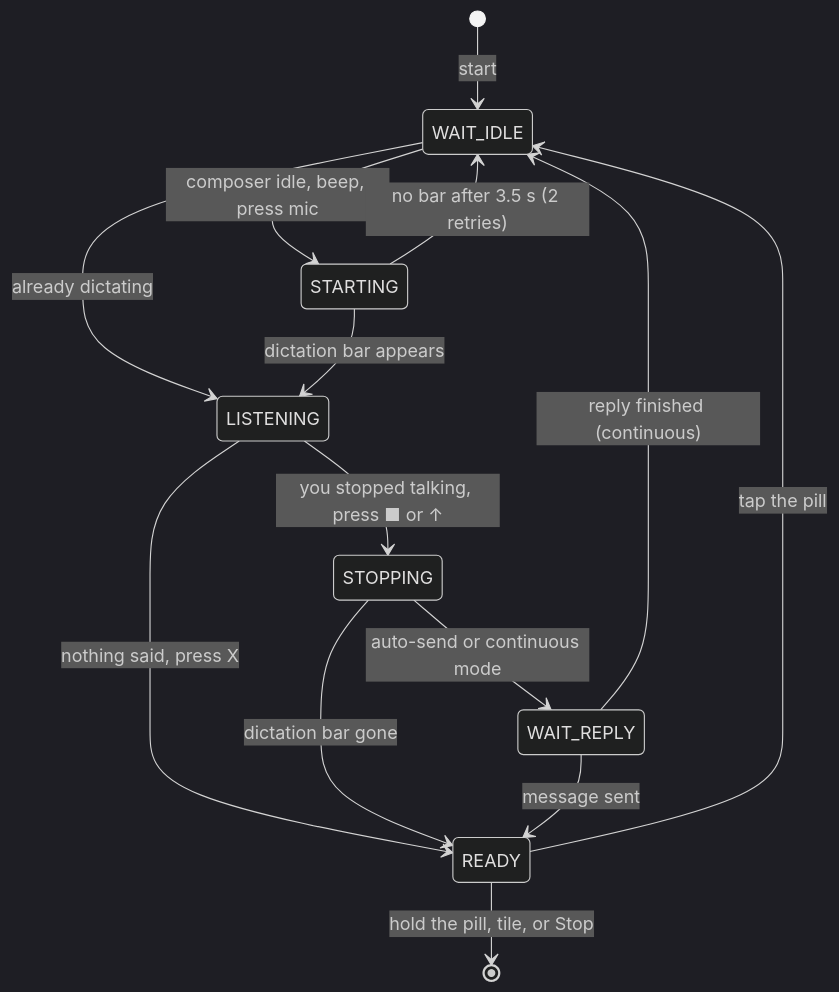
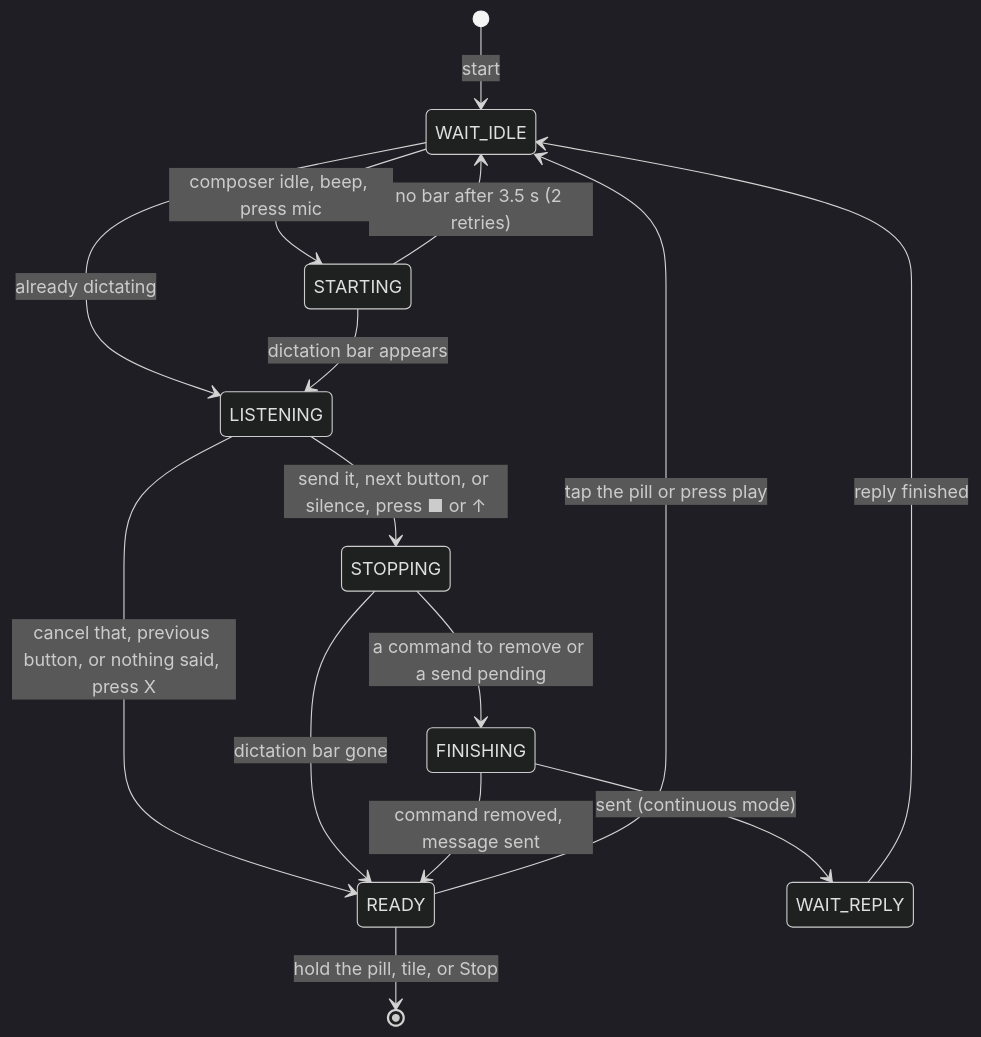
The second of 2 diagrams in docs/architecture.md (WillPastor/handsfree-gpt), drawn with Mermaid (dark theme) before and after one commit. The commit also changed other lines of this file and 6 other files, not shown here.

````diff
--- a/docs/architecture.md
+++ b/docs/architecture.md
@@ -37,16 +47,17 @@
 ```mermaid
 stateDiagram-v2
     [*] --> WAIT_IDLE: start
     WAIT_IDLE --> STARTING: composer idle, beep, press mic
     WAIT_IDLE --> LISTENING: already dictating
     STARTING --> LISTENING: dictation bar appears
     STARTING --> WAIT_IDLE: no bar after 3.5 s (2 retries)
-    LISTENING --> STOPPING: you stopped talking, press ■ or ↑
-    LISTENING --> READY: nothing said, press X
+    LISTENING --> STOPPING: send it, next button, or silence, press ■ or ↑
+    LISTENING --> READY: cancel that, previous button, or nothing said, press X
+    STOPPING --> FINISHING: a command to remove or a send pending
     STOPPING --> READY: dictation bar gone
-    STOPPING --> WAIT_REPLY: auto-send or continuous mode
-    WAIT_REPLY --> WAIT_IDLE: reply finished (continuous)
-    WAIT_REPLY --> READY: message sent
-    READY --> WAIT_IDLE: tap the pill
+    FINISHING --> READY: command removed, message sent
+    FINISHING --> WAIT_REPLY: sent (continuous mode)
+    WAIT_REPLY --> WAIT_IDLE: reply finished
+    READY --> WAIT_IDLE: tap the pill or press play
     READY --> [*]: hold the pill, tile, or Stop
 ```
````
